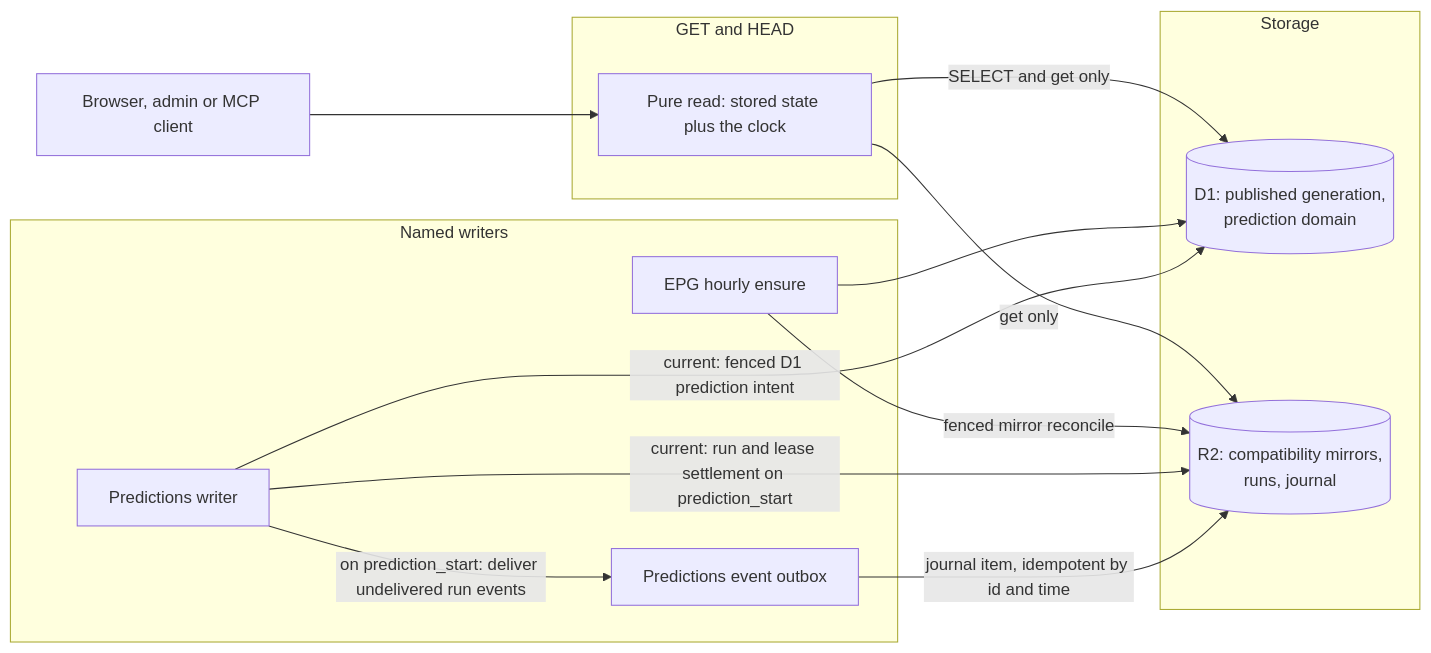
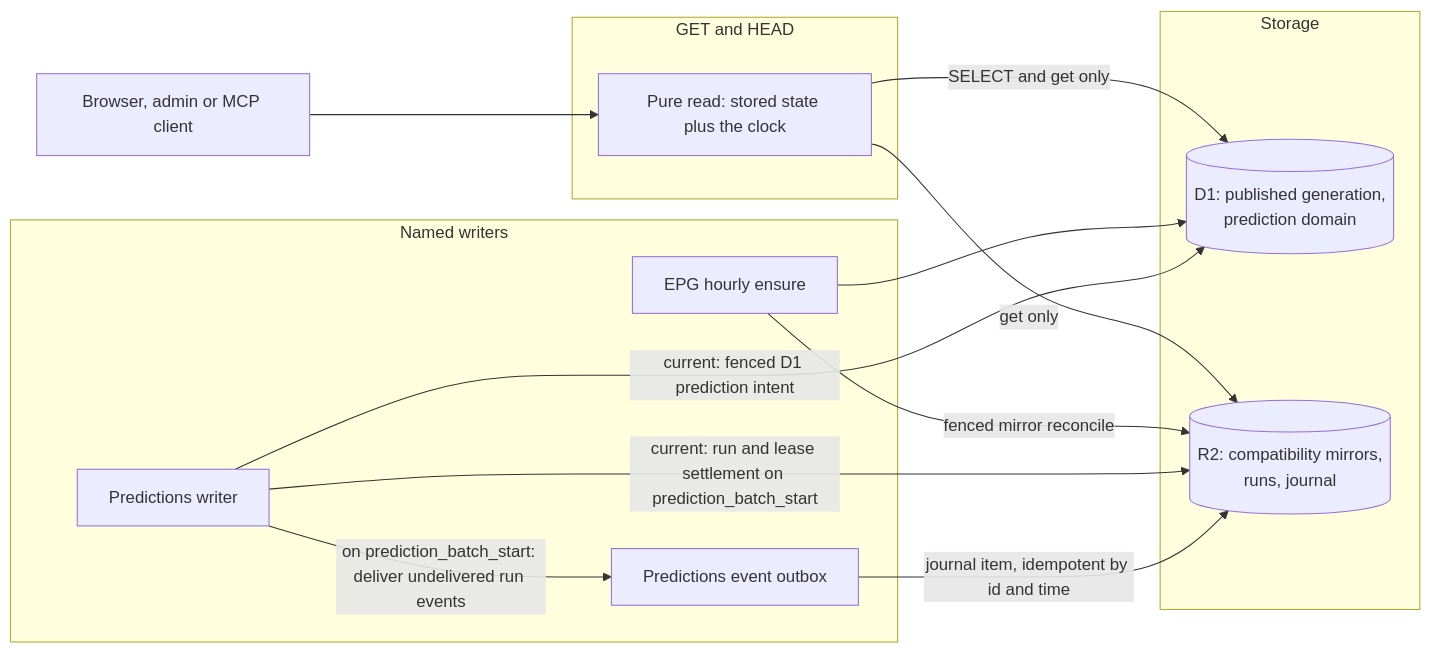
The diagram in docs/architecture/read-side-effects.md (vladimino/iptv-watchlist), drawn with Mermaid before and after one commit. The commit also changed other lines of this file and 62 other files, not shown here.

````diff
--- a/docs/architecture/read-side-effects.md
+++ b/docs/architecture/read-side-effects.md
@@ -5,25 +5,25 @@
 ```mermaid
 flowchart LR
     client["Browser, admin or MCP client"]
     subgraph Read["GET and HEAD"]
         pure["Pure read: stored state plus the clock"]
     end
     subgraph Writers["Named writers"]
         epg["EPG hourly ensure"]
         pred["Predictions writer"]
         outbox["Predictions event outbox"]
     end
     subgraph Storage["Storage"]
         d1[("D1: published generation,<br/>prediction domain")]
         r2[("R2: compatibility mirrors,<br/>runs, journal")]
     end
     client --> pure
     pure -->|"SELECT and get only"| d1
     pure -->|"get only"| r2
     epg -->|"fenced mirror reconcile"| r2
     epg --> d1
-    pred -->|"current: run and lease settlement on prediction_start"| r2
+    pred -->|"current: run and lease settlement on prediction_batch_start"| r2
     pred -->|"current: fenced D1 prediction intent"| d1
-    pred -->|"on prediction_start: deliver undelivered run events"| outbox
+    pred -->|"on prediction_batch_start: deliver undelivered run events"| outbox
     outbox -->|"journal item, idempotent by id and time"| r2
 ```
````
